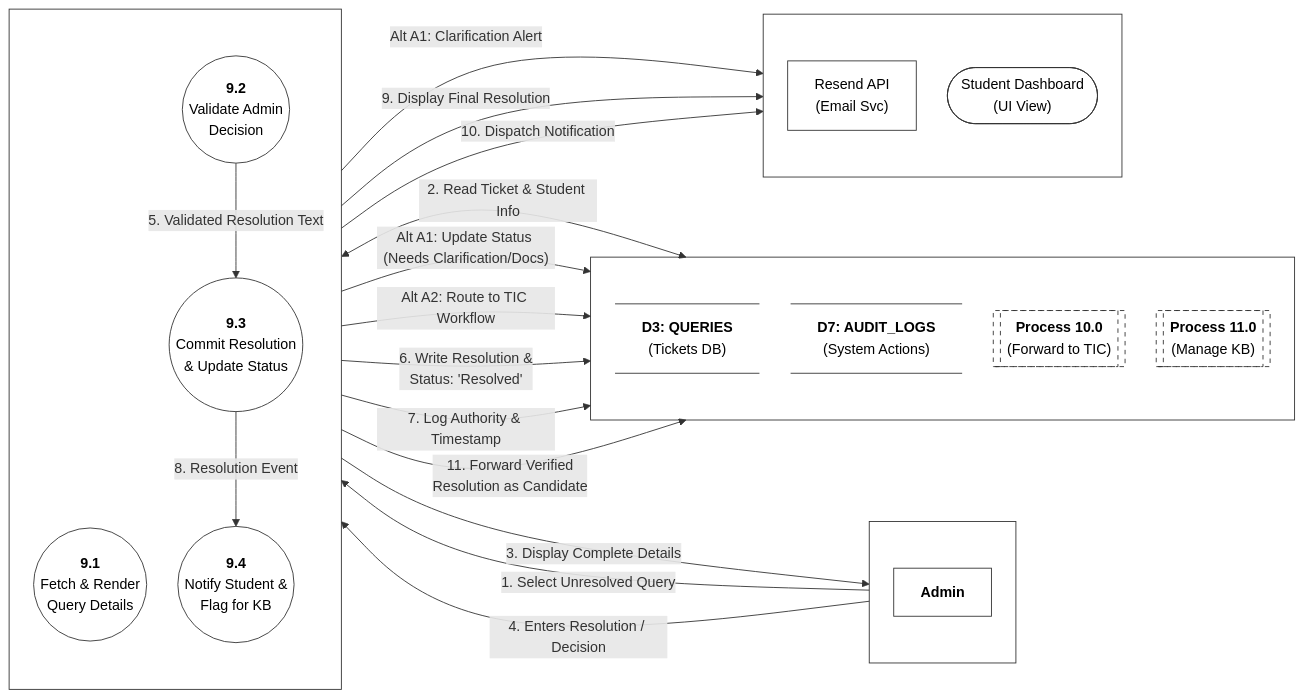
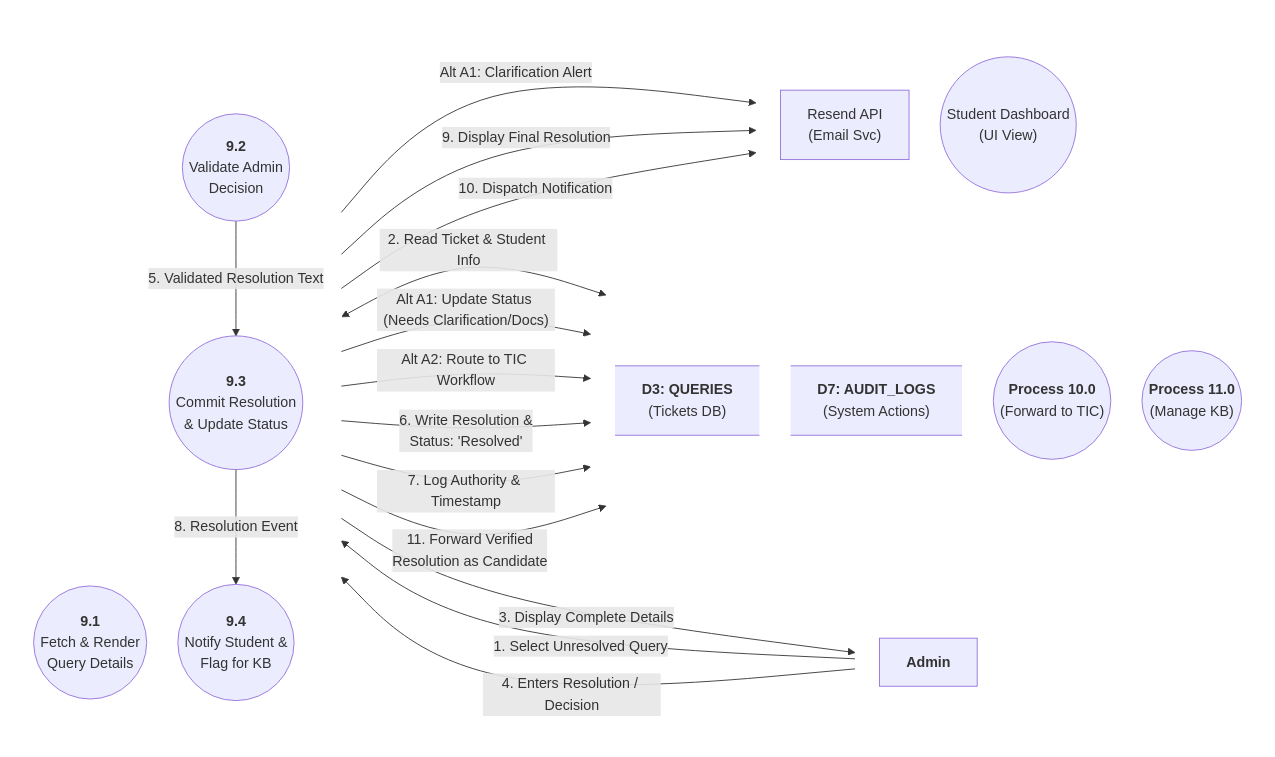
One commit to aryanhrc3428/Semester-5 changed the diagram in SE/ideathon/documents/L2-DFD-A02.mmd. Above: the diagram before and after it, drawn with Mermaid. The commit also changed 43 other files, not shown here.

```diff
--- a/SE/ideathon/documents/L2-DFD-A02.mmd
+++ b/SE/ideathon/documents/L2-DFD-A02.mmd
@@ -1,94 +1,82 @@
 %%{init: {
   "flowchart": {
     "htmlLabels": true,
     "nodeSpacing": 35,
     "rankSpacing": 80,
     "padding": 15
   }
 }}%%
 flowchart LR
 
     %% -------------------------------------------------------------
     %% COLUMN 1: ACTORS
     %% -------------------------------------------------------------
     subgraph Actors [" "]
         direction TB
         Admin["<b>Admin</b>"]
     end
 
     %% -------------------------------------------------------------
     %% COLUMN 2: SUB-PROCESSES (Decomposition of 9.0)
     %% -------------------------------------------------------------
     subgraph SubProcesses [" "]
         direction TB
         P9_1(("<b>9.1</b><br/>Fetch & Render<br/>Query Details"))
         P9_2(("<b>9.2</b><br/>Validate Admin<br/>Decision"))
         P9_3(("<b>9.3</b><br/>Commit Resolution<br/>& Update Status"))
         P9_4(("<b>9.4</b><br/>Notify Student &<br/>Flag for KB"))
     end
 
     %% -------------------------------------------------------------
     %% COLUMN 3: DATA STORES & INTERNAL ROUTING
     %% -------------------------------------------------------------
     subgraph DataStores [" "]
         direction TB
         D3@{ shape: datastore, label: "<b>D3: QUERIES</b><br/>(Tickets DB)" }
         D7@{ shape: datastore, label: "<b>D7: AUDIT_LOGS</b><br/>(System Actions)" }
-        P10[["<b>Process 10.0</b><br/>(Forward to TIC)"]]
-        P11[["<b>Process 11.0</b><br/>(Manage KB)"]]
+        P10(("<b>Process 10.0</b><br/>(Forward to TIC)"))
+        P11(("<b>Process 11.0</b><br/>(Manage KB)"))
     end
 
     %% -------------------------------------------------------------
     %% COLUMN 4: EXTERNAL SERVICES & UI SINKS
     %% -------------------------------------------------------------
     subgraph ExtServices [" "]
         direction TB
         ExtEmail["Resend API<br/>(Email Svc)"]
-        StudentDash(["Student Dashboard<br/>(UI View)"])
+        StudentDash(("Student Dashboard<br/>(UI View)"))
     end
 
     %% =============================================================
     %% DATA FLOWS
     %% =============================================================
 
     %% --- 9.1 Fetch Details ---
     Admin -->|"1. Select Unresolved Query"| P9_1
     P9_1 <-->|"2. Read Ticket & Student Info"| D3
     P9_1 -->|"3. Display Complete Details"| Admin
     
     %% --- 9.2 Validate Decision ---
     Admin -->|"4. Enters Resolution / Decision"| P9_2
     P9_2 -->|"Alt A1: Update Status (Needs Clarification/Docs)"| D3
     P9_2 -->|"Alt A1: Clarification Alert"| ExtEmail
     P9_2 -->|"Alt A2: Route to TIC Workflow"| P10
     
     %% --- 9.3 Commit Resolution ---
     P9_2 -->|"5. Validated Resolution Text"| P9_3
     P9_3 -->|"6. Write Resolution &<br/>Status: 'Resolved'"| D3
     P9_3 -->|"7. Log Authority & Timestamp"| D7
     
     %% --- 9.4 Notify & Flag ---
     P9_3 -->|"8. Resolution Event"| P9_4
     P9_4 -->|"9. Display Final Resolution"| StudentDash
     P9_4 -->|"10. Dispatch Notification"| ExtEmail
     P9_4 -->|"11. Forward Verified<br/>Resolution as Candidate"| P11
 
     %% -------------------------------------------------------------
     %% STYLING
     %% -------------------------------------------------------------
-    classDef processStyle fill:#fff,stroke:#333,stroke-width:1px,color:#000;
-    classDef storeStyle fill:#fff,stroke:#333,stroke-width:1px,color:#000;
-    classDef actorStyle fill:#fff,stroke:#333,stroke-width:1px,color:#000;
-    classDef extStyle fill:#fff,stroke:#333,stroke-width:1px,color:#000;
-    classDef routeStyle fill:#fff,stroke:#333,stroke-width:1px,color:#000,stroke-dasharray: 5 5;
-
-    class P9_1,P9_2,P9_3,P9_4 processStyle;
-    class D3,D7 storeStyle;
-    class P10,P11 routeStyle;
-    class Admin actorStyle;
-    class ExtEmail,StudentDash extStyle;
-
-    style Actors fill:none,stroke:#333,stroke-width:1px
-    style SubProcesses fill:none,stroke:#333,stroke-width:1px
-    style DataStores fill:none,stroke:#333,stroke-width:1px
-    style ExtServices fill:none,stroke:#333,stroke-width:1px
+    style Actors fill:none, stroke:none
+    style DataStores fill:none, stroke:none
+    style SubProcesses fill:none, stroke:none
+    style ExtServices fill:none, stroke:none
```
